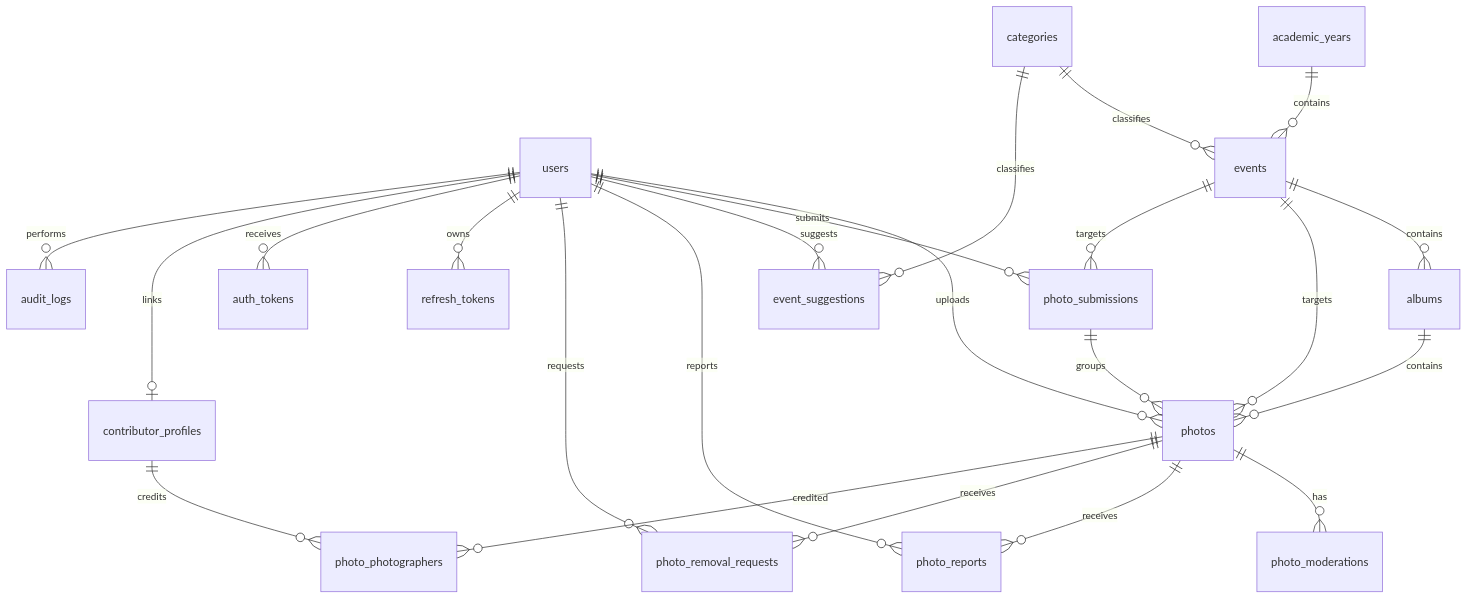
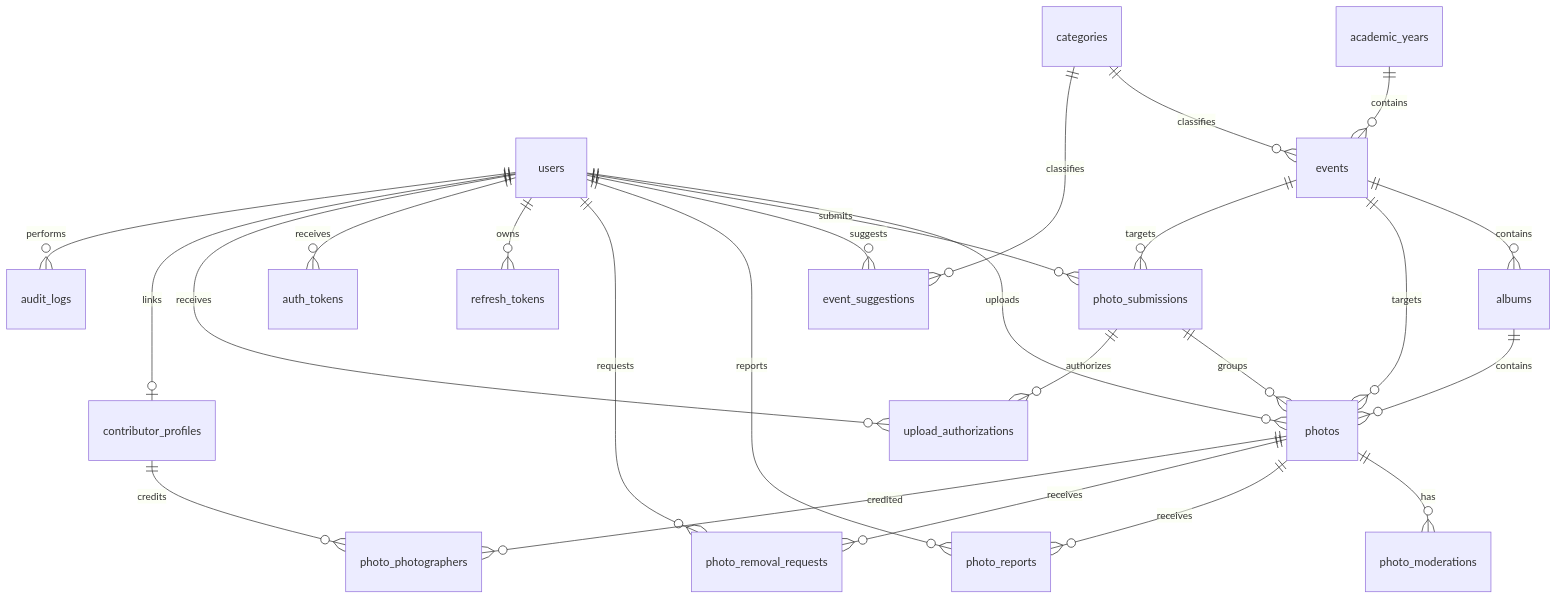
Before and after one commit to kshitij-workshop/gec-sheikhpura-archive: the diagram in docs/DATABASE.md, drawn with Mermaid. The commit also changed other lines of this file and 6 other files, not shown here.

````diff
--- a/docs/DATABASE.md
+++ b/docs/DATABASE.md
@@ -67,27 +68,29 @@
 ```mermaid
 erDiagram
     users ||--o{ photos : uploads
     users ||--o{ photo_submissions : submits
     users ||--o{ event_suggestions : suggests
     users ||--o{ photo_reports : reports
     users ||--o{ photo_removal_requests : requests
     users ||--o{ refresh_tokens : owns
     users ||--o{ auth_tokens : receives
+    users ||--o{ upload_authorizations : receives
     users ||--o| contributor_profiles : links
     users ||--o{ audit_logs : performs
 
     academic_years ||--o{ events : contains
     categories ||--o{ events : classifies
     categories ||--o{ event_suggestions : classifies
     events ||--o{ albums : contains
     events ||--o{ photos : targets
     events ||--o{ photo_submissions : targets
     albums ||--o{ photos : contains
     photo_submissions ||--o{ photos : groups
+    photo_submissions ||--o{ upload_authorizations : authorizes
 
     photos ||--o{ photo_moderations : has
     photos ||--o{ photo_reports : receives
     photos ||--o{ photo_removal_requests : receives
     photos ||--o{ photo_photographers : credited
     contributor_profiles ||--o{ photo_photographers : credits
 ```
````
